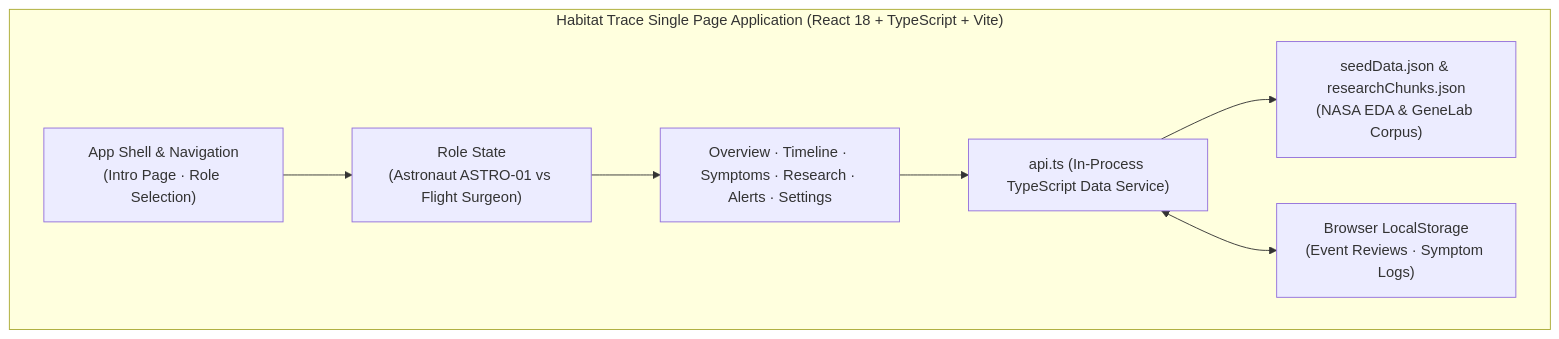
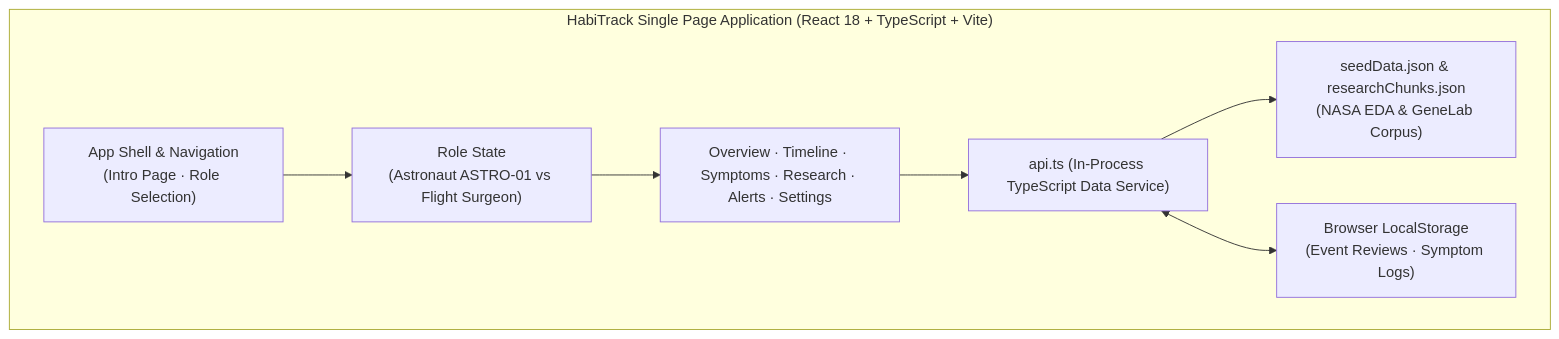
One commit to shmungus05/HabiTrack changed the diagram in README.md. Above: the diagram before and after it, drawn with Mermaid. The commit also changed other lines of this file and 37 other files, not shown here.

````diff
--- a/README.md
+++ b/README.md
@@ -60,16 +60,16 @@
 ```mermaid
 flowchart TD
-    subgraph Client["Habitat Trace Single Page Application (React 18 + TypeScript + Vite)"]
+    subgraph Client["HabiTrack Single Page Application (React 18 + TypeScript + Vite)"]
         SHELL["App Shell & Navigation<br/>(Intro Page · Role Selection)"]
         ROLES["Role State<br/>(Astronaut ASTRO-01 vs Flight Surgeon)"]
         VIEWS["Overview · Timeline · Symptoms · Research · Alerts · Settings"]
         SERVICE["api.ts (In-Process TypeScript Data Service)"]
         STORAGE["Browser LocalStorage<br/>(Event Reviews · Symptom Logs)"]
         SEED["seedData.json & researchChunks.json<br/>(NASA EDA & GeneLab Corpus)"]
         
         SHELL --> ROLES --> VIEWS
         VIEWS --> SERVICE
         SERVICE --> SEED
         SERVICE <--> STORAGE
     end
 ```
````
